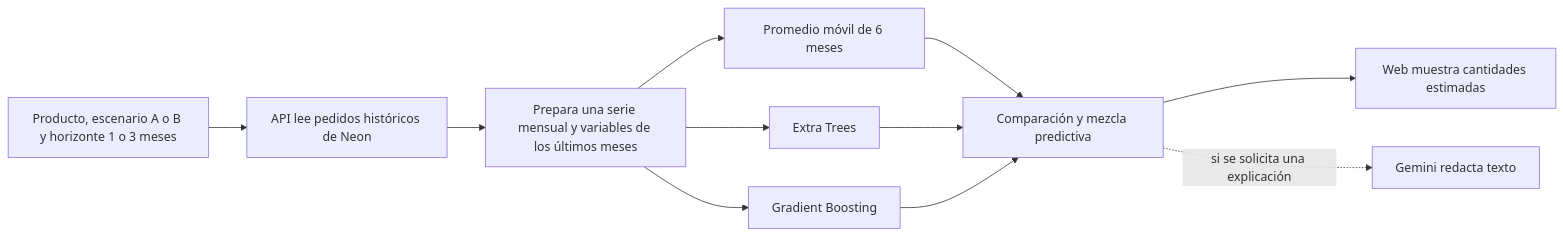
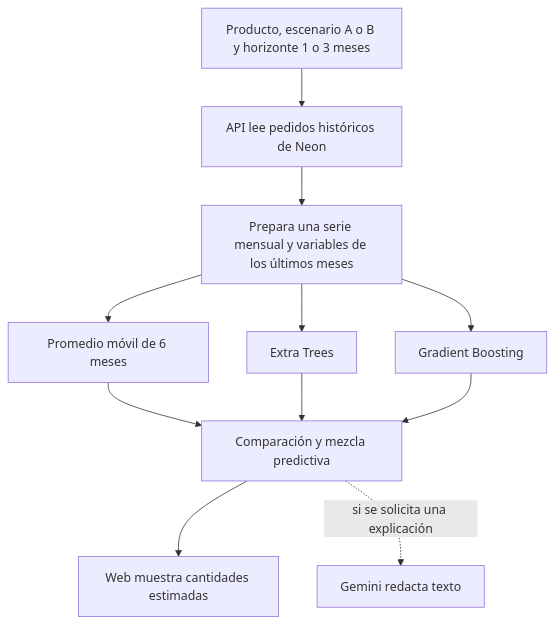
One commit to VetChain-IAthon/.github changed the second of 2 diagrams in profile/README.md. Above: the diagram before and after it, drawn with Mermaid. The commit also changed other lines of this file, not shown here.

Commit message:
docs: improve architecture diagram readability

````diff
--- a/profile/README.md
+++ b/profile/README.md
@@ -50,13 +50,13 @@
 ```mermaid
-flowchart LR
+flowchart TB
     S["Producto, escenario A o B y horizonte 1 o 3 meses"] --> H["API lee pedidos históricos de Neon"]
     H --> F["Prepara una serie mensual y variables de los últimos meses"]
     F --> P["Promedio móvil de 6 meses"]
     F --> X["Extra Trees"]
     F --> Y["Gradient Boosting"]
     P --> C["Comparación y mezcla predictiva"]
     X --> C
     Y --> C
     C --> V["Web muestra cantidades estimadas"]
     C -.->|"si se solicita una explicación"| G["Gemini redacta texto"]
 ```
````
